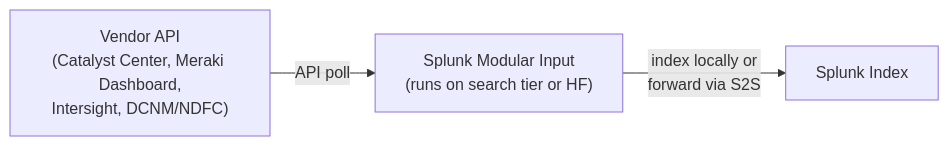
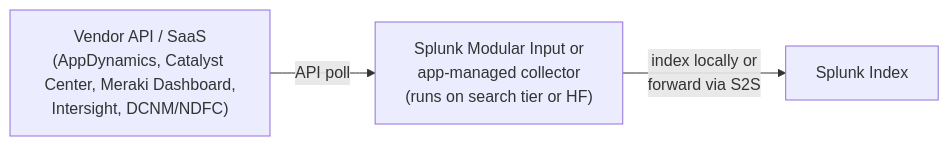
Before and after one commit to chambear2809/splunk-cisco-skills: the fifth of 8 diagrams in ARCHITECTURE.md, drawn with Mermaid. The commit also changed other lines of this file and 1 other file, not shown here.

````diff
--- a/ARCHITECTURE.md
+++ b/ARCHITECTURE.md
@@ -348,9 +348,9 @@
 ```mermaid
 flowchart LR
-  VendorAPI["Vendor API\n(Catalyst Center, Meraki Dashboard,\nIntersight, DCNM/NDFC)"]
-  SplunkInput["Splunk Modular Input\n(runs on search tier or HF)"]
+  VendorAPI["Vendor API / SaaS\n(AppDynamics, Catalyst Center, Meraki Dashboard,\nIntersight, DCNM/NDFC)"]
+  SplunkInput["Splunk Modular Input or\napp-managed collector\n(runs on search tier or HF)"]
   Index[Splunk Index]
 
   VendorAPI -->|"API poll"| SplunkInput
   SplunkInput -->|"index locally or\nforward via S2S"| Index
 ```
````
